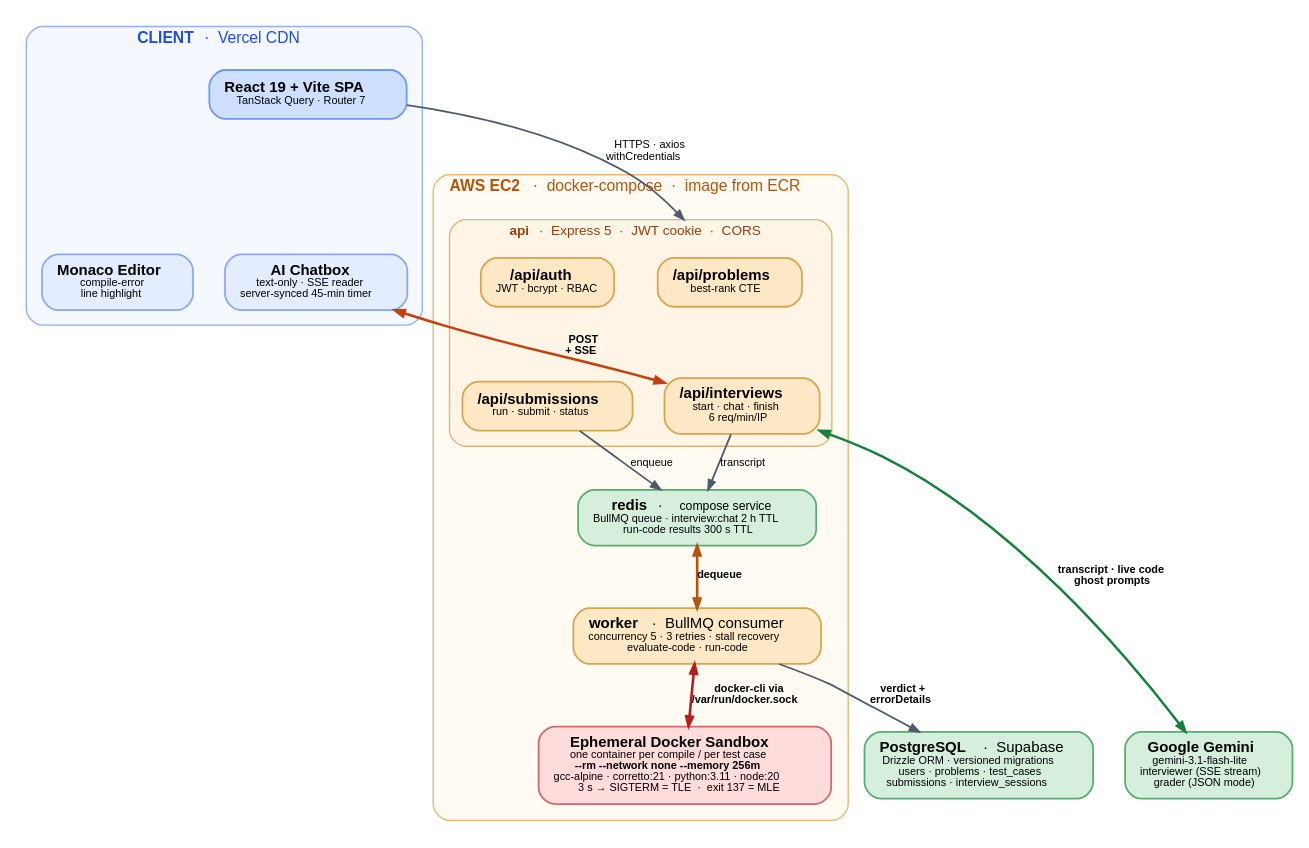
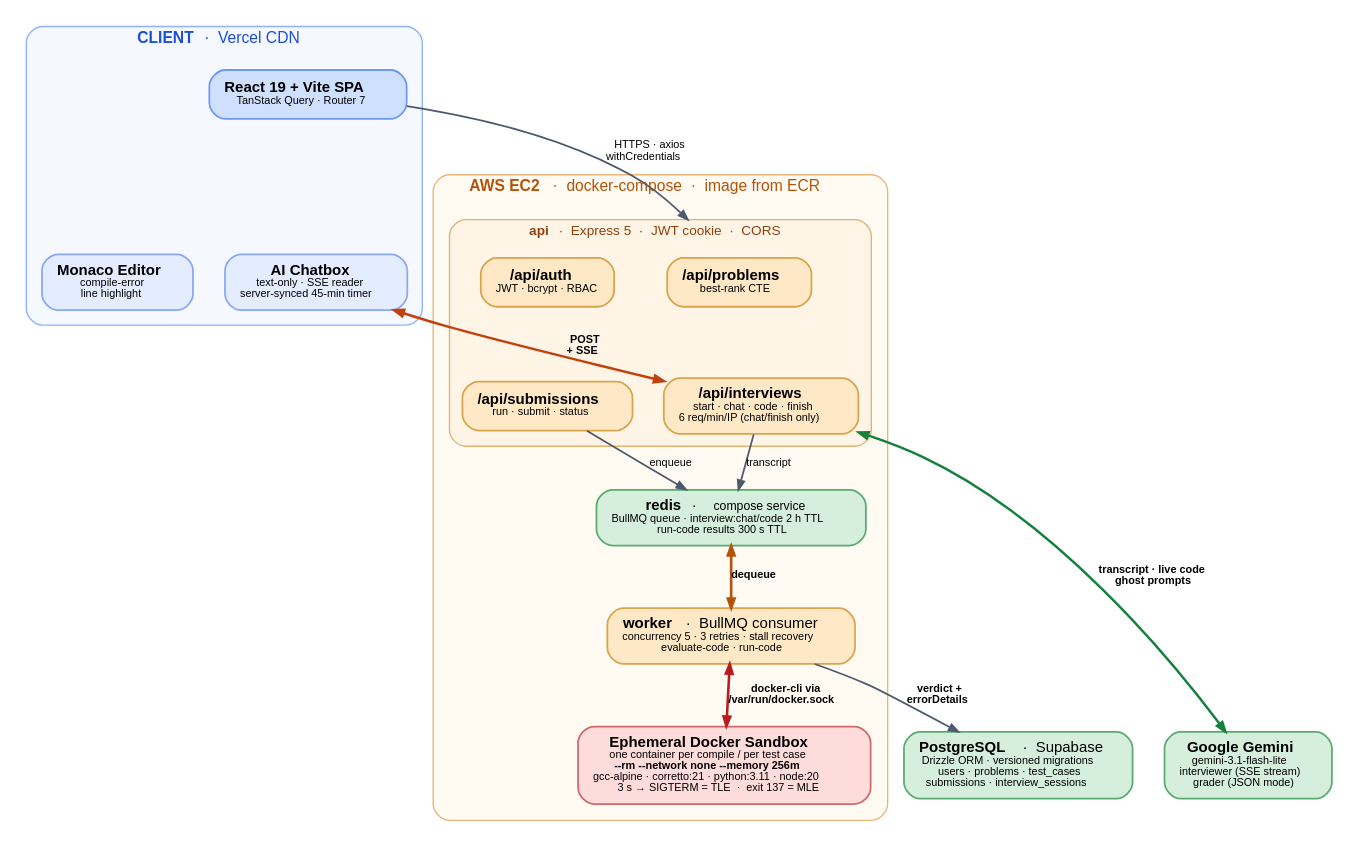
One commit to SukumarThillairajan/online-judge changed the diagram in docs/architecture.dot. Above: the diagram before and after it, drawn with Graphviz. The commit also changed 8 other files, not shown here.

Commit message:
feat: added editor code and language rehydration upon reload (now, the code progress is also debounced by the frontend and auto-saved in the redis queue), updated the docs properly to reflect the changes done so far

```diff
--- a/docs/architecture.dot
+++ b/docs/architecture.dot
@@ -1,53 +1,53 @@
 digraph Ascend {
   rankdir=TB; compound=true; splines=true;
   nodesep=0.32; ranksep=0.40; bgcolor="white"; fontname="Helvetica";
   node [fontname="Helvetica", fontsize=11, shape=box, style="rounded,filled", penwidth=1.3, margin="0.15,0.10"];
   edge [fontname="Helvetica", fontsize=9, color="#4d5a6b", penwidth=1.3, arrowsize=0.7];
 
   subgraph cluster_client {
     label=<<b>CLIENT</b>  ·  Vercel CDN>;
     fontsize=11.5; fontcolor="#1d4ed8"; color="#8fb2fb"; style="rounded,filled"; fillcolor="#f5f9ff"; margin=11;
     ui   [label=<<b>React 19 + Vite SPA</b><br/><font point-size="8.5">TanStack Query · Router 7</font>>, fillcolor="#cfe0ff", color="#6d97f5"];
     mon  [label=<<b>Monaco Editor</b><br/><font point-size="8.5">compile-error<br/>line highlight</font>>, fillcolor="#e3edff", color="#89a9f5"];
     chat [label=<<b>AI Chatbox</b><br/><font point-size="8.5">text-only · SSE reader<br/>server-synced 45-min timer</font>>, fillcolor="#e3edff", color="#89a9f5"];
     {rank=same; mon; chat;}
     ui -> mon [style=invis]; ui -> chat [style=invis];
   }
 
   subgraph cluster_ec2 {
     label=<<b>AWS EC2</b>  ·  docker-compose  ·  image from ECR>;
     fontsize=11.5; fontcolor="#b45309"; color="#eab676"; style="rounded,filled"; fillcolor="#fffbf3"; margin=12;
 
     subgraph cluster_api {
       label=<<b>api</b>  ·  Express 5  ·  JWT cookie  ·  CORS>;
       fontsize=10; fontcolor="#92400e"; color="#e0b273"; style="rounded,filled"; fillcolor="#fff5e6"; margin=9;
       auth [label=<<b>/api/auth</b><br/><font point-size="8">JWT · bcrypt · RBAC</font>>, fillcolor="#ffe8c6", color="#d9a44c"];
       prob [label=<<b>/api/problems</b><br/><font point-size="8">best-rank CTE</font>>, fillcolor="#ffe8c6", color="#d9a44c"];
       subm [label=<<b>/api/submissions</b><br/><font point-size="8">run · submit · status</font>>, fillcolor="#ffe8c6", color="#d9a44c"];
-      intv [label=<<b>/api/interviews</b><br/><font point-size="8">start · chat · finish<br/>6 req/min/IP</font>>, fillcolor="#ffe8c6", color="#d9a44c"];
+      intv [label=<<b>/api/interviews</b><br/><font point-size="8">start · chat · code · finish<br/>6 req/min/IP (chat/finish only)</font>>, fillcolor="#ffe8c6", color="#d9a44c"];
       {rank=same; auth; prob;}
       {rank=same; subm; intv;}
       auth -> subm [style=invis]; prob -> intv [style=invis];
     }
 
-    redis [label=<<b>redis</b>  ·  <font point-size="9">compose service</font><br/><font point-size="8.5">BullMQ queue · interview:chat 2 h TTL</font><br/><font point-size="8.5">run-code results 300 s TTL</font>>, fillcolor="#d6efdd", color="#5aab70"];
+    redis [label=<<b>redis</b>  ·  <font point-size="9">compose service</font><br/><font point-size="8.5">BullMQ queue · interview:chat/code 2 h TTL</font><br/><font point-size="8.5">run-code results 300 s TTL</font>>, fillcolor="#d6efdd", color="#5aab70"];
     wrk   [label=<<b>worker</b>  ·  BullMQ consumer<br/><font point-size="8.5">concurrency 5 · 3 retries · stall recovery</font><br/><font point-size="8.5">evaluate-code · run-code</font>>, fillcolor="#ffe8c6", color="#d9a44c"];
     sbx   [label=<<b>Ephemeral Docker Sandbox</b><br/><font point-size="8.5">one container per compile / per test case</font><br/><font point-size="8.5"><b>--rm --network none --memory 256m</b></font><br/><font point-size="8.5">gcc-alpine · corretto:21 · python:3.11 · node:20</font><br/><font point-size="8.5">3 s → SIGTERM = TLE  ·  exit 137 = MLE</font>>, fillcolor="#ffdcdc", color="#d06a6a"];
   }
 
   pg [label=<<b>PostgreSQL</b>  ·  Supabase<br/><font point-size="8.5">Drizzle ORM · versioned migrations</font><br/><font point-size="8.5">users · problems · test_cases</font><br/><font point-size="8.5">submissions · interview_sessions</font>>, fillcolor="#d6efdd", color="#5aab70"];
   ai [label=<<b>Google Gemini</b><br/><font point-size="8.5">gemini-3.1-flash-lite</font><br/><font point-size="8.5">interviewer (SSE stream)</font><br/><font point-size="8.5">grader (JSON mode)</font>>, fillcolor="#d6efdd", color="#5aab70"];
 
   ui   -> prob [lhead=cluster_api, label=<<font point-size="8.5"> HTTPS · axios<br/> withCredentials </font>>];
   chat -> intv [color="#c2410c", penwidth=1.9, dir=both, label=<<font point-size="8.5"><b> POST<br/> + SSE </b></font>>];
 
   subm -> redis [label=<<font point-size="8.5"> enqueue </font>>];
   intv -> redis [label=<<font point-size="8.5"> transcript </font>>];
   redis -> wrk  [color="#b45309", penwidth=1.9, dir=both, label=<<font point-size="8.5"><b> dequeue </b></font>>];
   wrk  -> sbx   [color="#b91c1c", penwidth=1.9, dir=both, label=<<font point-size="8.5"><b> docker-cli via<br/> /var/run/docker.sock </b></font>>];
 
   {rank=same; pg; ai;}
   wrk  -> pg [label=<<font point-size="8.5"><b> verdict +<br/> errorDetails </b></font>>];
   subm -> pg [style=invis];
   intv -> ai [color="#15803d", penwidth=1.8, dir=both, label=<<font point-size="8.5"><b> transcript · live code<br/> ghost prompts </b></font>>];
 }
```
